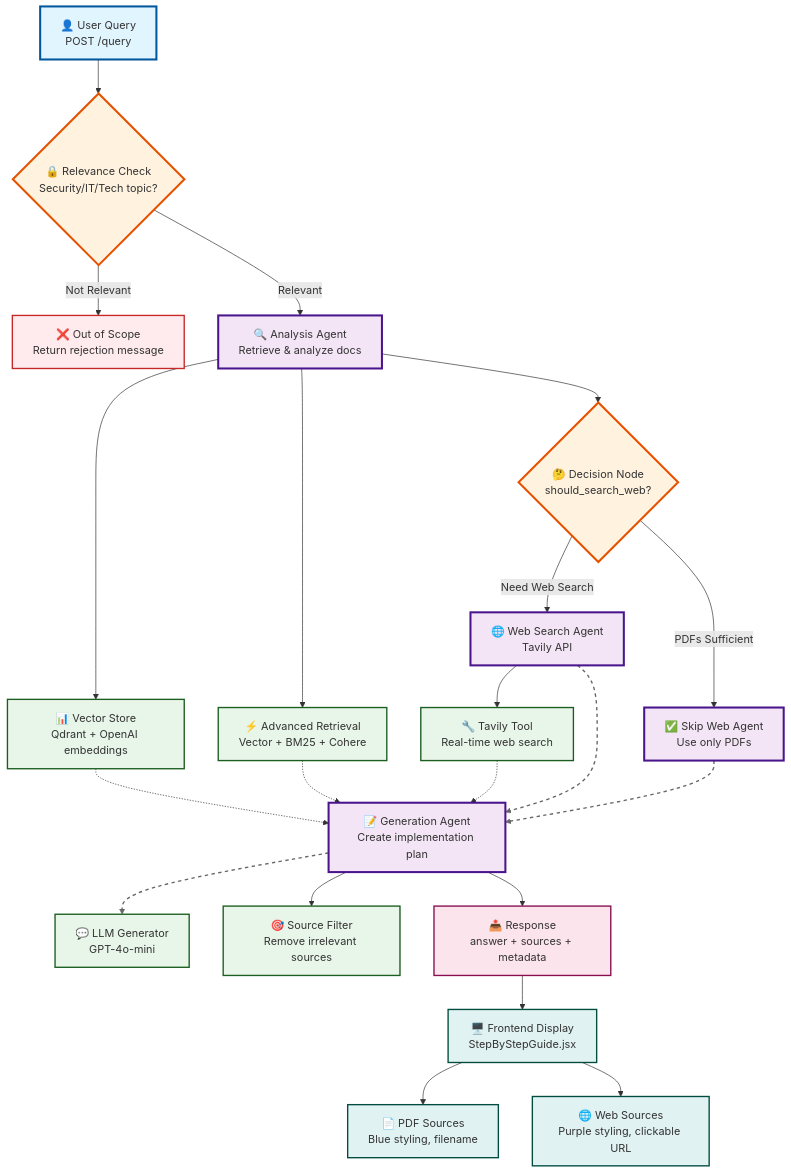
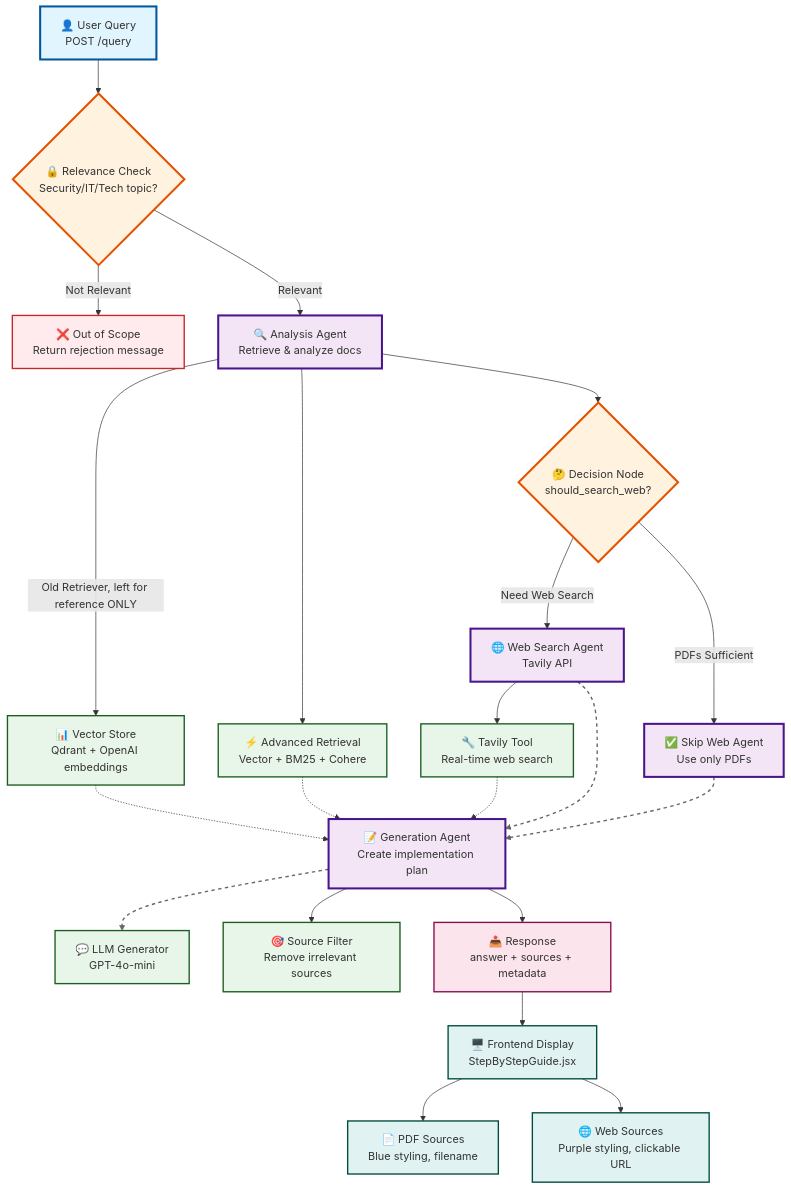
One commit to ismgonza/AIE8_Certification_Challenge changed the diagram in REPORT.md. Above: the diagram before and after it, drawn with Mermaid. The commit also changed other lines of this file and 4 other files, not shown here.

````diff
--- a/REPORT.md
+++ b/REPORT.md
@@ -161,54 +161,54 @@
 ```mermaid
 graph TD
    A[👤 User Query<br/>POST /query] --> B{🔒 Relevance Check<br/>Security/IT/Tech topic?}
    
    B -->|Not Relevant| Z[❌ Out of Scope<br/>Return rejection message]
    B -->|Relevant| C[🔍 Analysis Agent<br/>Retrieve & analyze docs]
    
-   C --> C1[📊 Vector Store<br/>Qdrant + OpenAI embeddings]
+   C -->|"Old" Retriever, left for reference ONLY| C1[📊 Vector Store<br/>Qdrant + OpenAI embeddings]
    C --> C2[⚡ Advanced Retrieval<br/>Vector + BM25 + Cohere]
    
    C --> D{🤔 Decision Node<br/>should_search_web?}
    
    D -->|Need Web Search| E[🌐 Web Search Agent<br/>Tavily API]
    D -->|PDFs Sufficient| F[✅ Skip Web Agent<br/>Use only PDFs]
    
    E --> E1[🔧 Tavily Tool<br/>Real-time web search]
    
    E --> G[📝 Generation Agent<br/>Create implementation plan]
    F --> G
    
    G --> G1[💬 LLM Generator<br/>GPT-4o-mini]
    G --> G2[🎯 Source Filter<br/>Remove irrelevant sources]
    
    G --> H[📤 Response<br/>answer + sources + metadata]
    
    H --> I[🖥️ Frontend Display<br/>StepByStepGuide.jsx]
    
    I --> I1[📄 PDF Sources<br/>Blue styling, filename]
    I --> I2[🌐 Web Sources<br/>Purple styling, clickable URL]
    
    %% Data flow from tools to generation
    C1 -.-> G
    C2 -.-> G
    E1 -.-> G
    
    %% Styling
    classDef entry fill:#e1f5fe,stroke:#01579b,stroke-width:3px
    classDef agent fill:#f3e5f5,stroke:#4a148c,stroke-width:3px
    classDef decision fill:#fff3e0,stroke:#e65100,stroke-width:3px
    classDef tool fill:#e8f5e9,stroke:#1b5e20,stroke-width:2px
    classDef output fill:#fce4ec,stroke:#880e4f,stroke-width:2px
    classDef frontend fill:#e0f2f1,stroke:#004d40,stroke-width:2px
    classDef rejection fill:#ffebee,stroke:#c62828,stroke-width:2px
    
    class A entry
    class C,E,F,G agent
    class B,D decision
    class C1,C2,E1,G1,G2 tool
    class H output
    class I,I1,I2 frontend
    class Z rejection
    
    linkStyle 9,10,11 stroke:#666,stroke-width:2px,stroke-dasharray:5 5
 ```
````
